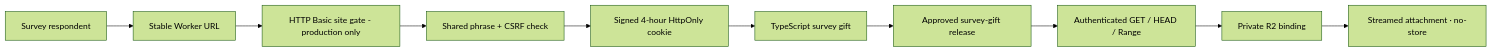
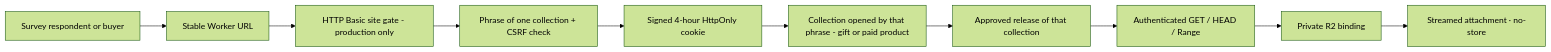
The diagram in README.md (kouiso/course-library), drawn with Mermaid (forest theme) before and after one commit. The commit also changed other lines of this file and 3 other files, not shown here.

````diff
--- a/README.md
+++ b/README.md
@@ -37,12 +37,12 @@
 ```mermaid
 flowchart LR
-  Reader[Survey respondent] --> Entry[Stable Worker URL]
+  Reader[Survey respondent or buyer] --> Entry[Stable Worker URL]
   Entry --> Basic[HTTP Basic site gate - production only]
-  Basic --> Phrase[Shared phrase + CSRF check]
+  Basic --> Phrase[Phrase of one collection + CSRF check]
   Phrase --> Cookie[Signed 4-hour HttpOnly cookie]
-  Cookie --> Catalogue[TypeScript survey gift]
-  Catalogue --> Policy[Approved survey-gift release]
+  Cookie --> Catalogue[Collection opened by that phrase - gift or paid product]
+  Catalogue --> Policy[Approved release of that collection]
   Policy --> Gate[Authenticated GET / HEAD / Range]
   Gate --> R2[Private R2 binding]
   R2 --> Stream[Streamed attachment · no-store]
 ```
````
